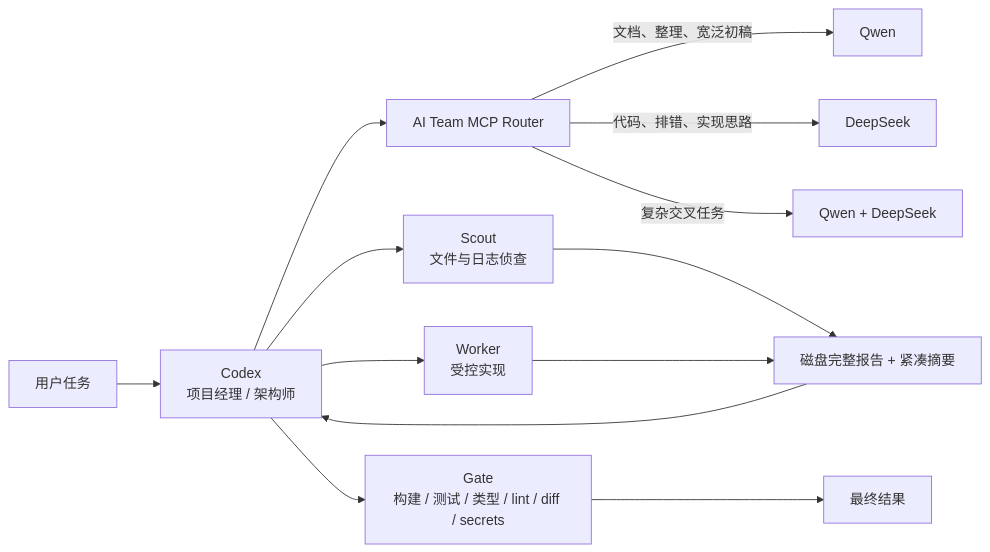
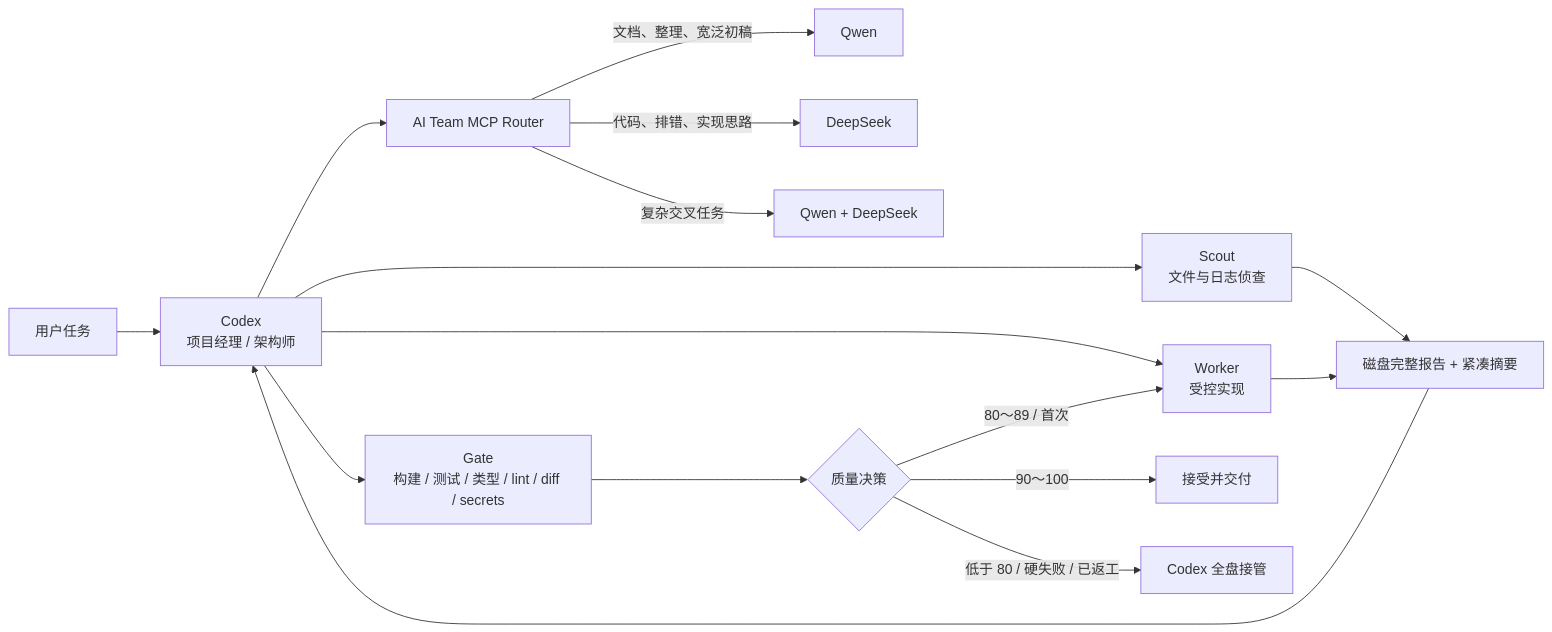
Before and after one commit to kennedymike936-lang/codex-ai-team-router: the diagram in README.md, drawn with Mermaid. The commit also changed other lines of this file and 10 other files, not shown here.

````diff
--- a/README.md
+++ b/README.md
@@ -11,15 +11,18 @@
 ```mermaid
 flowchart LR
     U[用户任务] --> C[Codex\n项目经理 / 架构师]
     C --> R[AI Team MCP Router]
     R -->|文档、整理、宽泛初稿| Q[Qwen]
     R -->|代码、排错、实现思路| D[DeepSeek]
     R -->|复杂交叉任务| B[Qwen + DeepSeek]
     C --> S[Scout\n文件与日志侦查]
     C --> W[Worker\n受控实现]
     S --> A[磁盘完整报告 + 紧凑摘要]
     W --> A
     A --> C
     C --> G[Gate\n构建 / 测试 / 类型 / lint / diff / secrets]
-    G --> O[最终结果]
+    G --> E{质量决策}
+    E -->|90～100| O[接受并交付]
+    E -->|80～89 / 首次| W
+    E -->|低于 80 / 硬失败 / 已返工| T[Codex 全盘接管]
 ```
````
